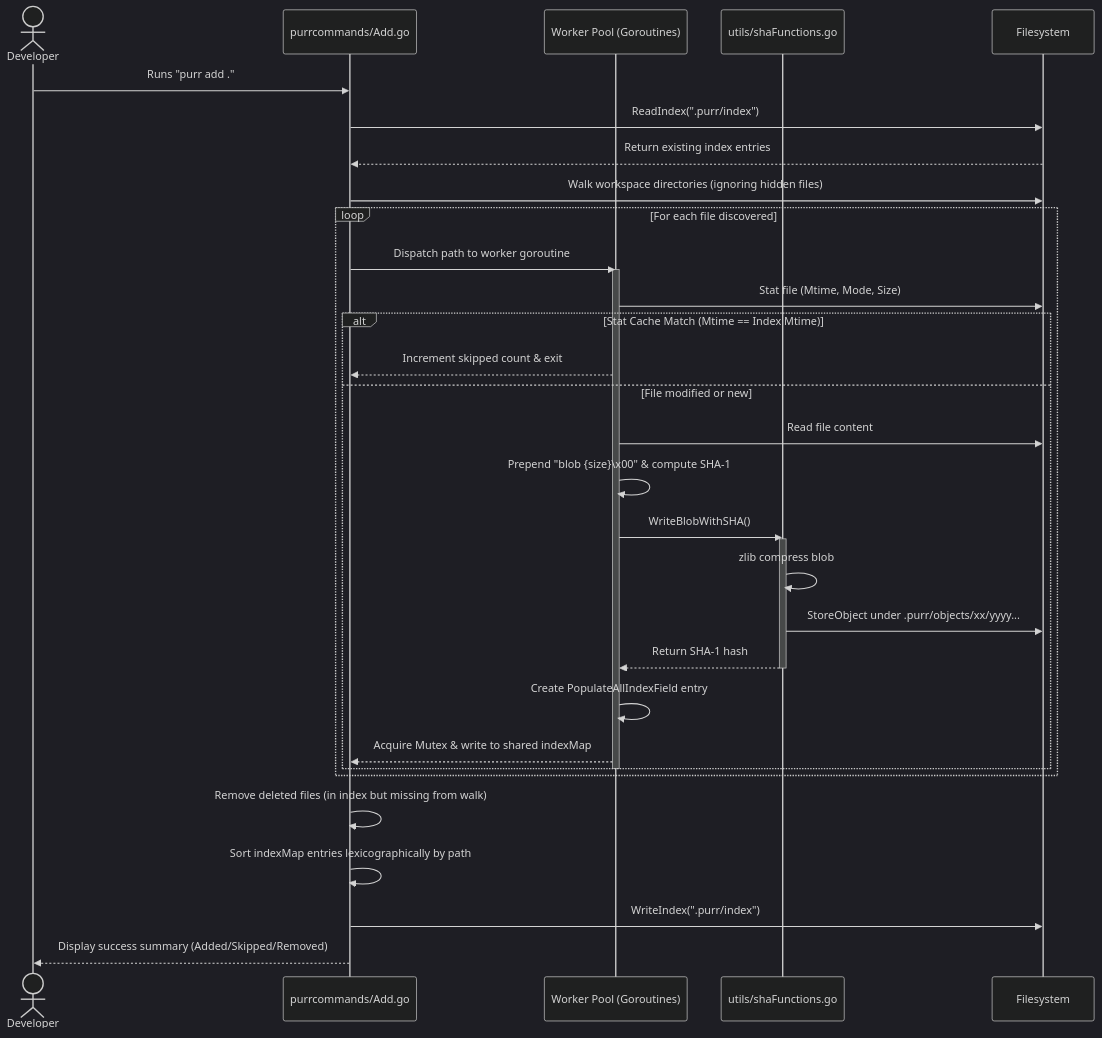
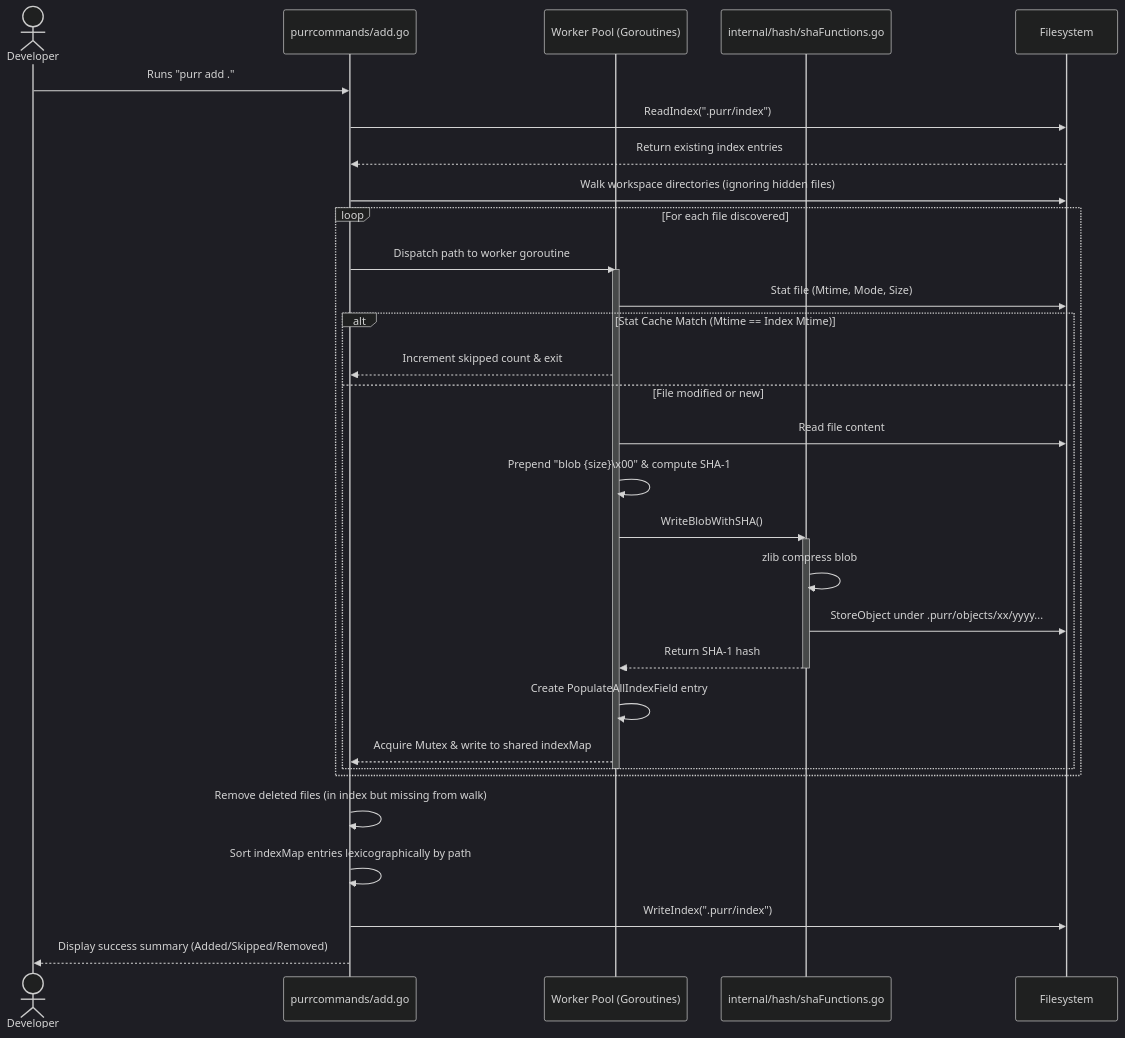
Before and after one commit to TheRealShek/persephone: the second of 4 diagrams in Docs/COMMANDS_GUIDE.md, drawn with Mermaid (dark theme). The commit also changed other lines of this file and 5 other files, not shown here.

````diff
--- a/Docs/COMMANDS_GUIDE.md
+++ b/Docs/COMMANDS_GUIDE.md
@@ -136,37 +136,37 @@
 ```mermaid
 sequenceDiagram
     actor Developer
-    participant Core as purrcommands/Add.go
+    participant Core as purrcommands/add.go
     participant WP as Worker Pool (Goroutines)
-    participant Store as utils/shaFunctions.go
+    participant Store as internal/hash/shaFunctions.go
     participant OS as Filesystem
 
     Developer->>Core: Runs "purr add ."
     Core->>OS: ReadIndex(".purr/index")
     OS-->>Core: Return existing index entries
     Core->>OS: Walk workspace directories (ignoring hidden files)
     loop For each file discovered
         Core->>WP: Dispatch path to worker goroutine
         activate WP
         WP->>OS: Stat file (Mtime, Mode, Size)
         alt Stat Cache Match (Mtime == Index Mtime)
             WP-->>Core: Increment skipped count & exit
         else File modified or new
             WP->>OS: Read file content
             WP->>WP: Prepend "blob {size}\x00" & compute SHA-1
             WP->>Store: WriteBlobWithSHA()
             activate Store
             Store->>Store: zlib compress blob
             Store->>OS: StoreObject under .purr/objects/xx/yyyy...
             Store-->>WP: Return SHA-1 hash
             deactivate Store
             WP->>WP: Create PopulateAllIndexField entry
             WP-->>Core: Acquire Mutex & write to shared indexMap
         end
         deactivate WP
     end
     Core->>Core: Remove deleted files (in index but missing from walk)
     Core->>Core: Sort indexMap entries lexicographically by path
     Core->>OS: WriteIndex(".purr/index")
     Core-->>Developer: Display success summary (Added/Skipped/Removed)
 ```
````
